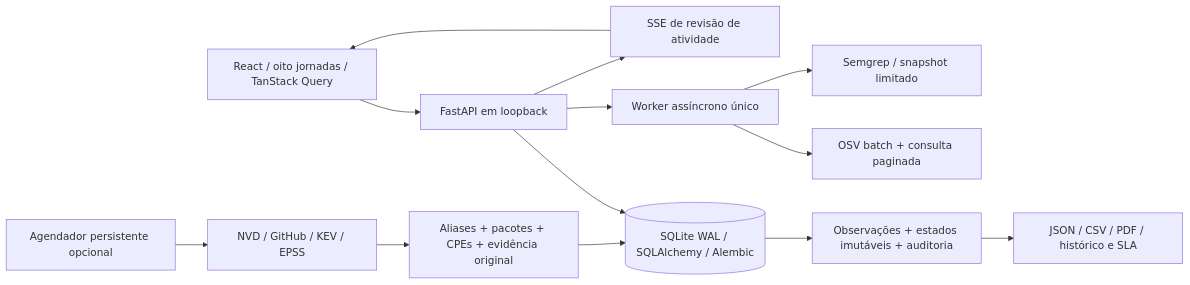
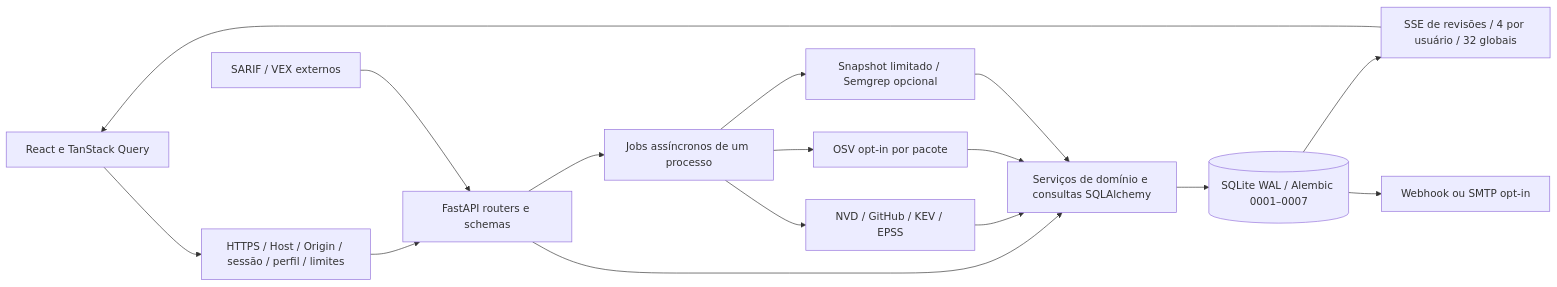
Before and after one commit to Ivomsantiago/VulnRadar: the first of 4 diagrams in docs/ARCHITECTURE.md, drawn with Mermaid. The commit also changed other lines of this file and 131 other files, not shown here.

````diff
--- a/docs/ARCHITECTURE.md
+++ b/docs/ARCHITECTURE.md
@@ -3,15 +5,18 @@
 ```mermaid
 flowchart LR
-  UI[React / oito jornadas / TanStack Query] --> API[FastAPI em loopback]
-  API --> DB[(SQLite WAL / SQLAlchemy / Alembic)]
-  API --> Jobs[Worker assíncrono único]
-  Jobs --> OSV[OSV batch + consulta paginada]
-  Jobs --> SAST[Semgrep / snapshot limitado]
-  Poll[Agendador persistente opcional] --> Sources[NVD / GitHub / KEV / EPSS]
-  Sources --> Normalize[Aliases + pacotes + CPEs + evidência original]
-  Normalize --> DB
-  DB --> History[Observações + estados imutáveis + auditoria]
-  History --> Reports[JSON / CSV / PDF / histórico e SLA]
-  API --> SSE[SSE de revisão de atividade]
-  SSE --> UI
+  Browser[React e TanStack Query] --> Boundary[HTTPS / Host / Origin / sessão / perfil / limites]
+  Boundary --> API[FastAPI routers e schemas]
+  API --> Services[Serviços de domínio e consultas SQLAlchemy]
+  Services --> DB[(SQLite WAL / Alembic 0001–0007)]
+  API --> Jobs[Jobs assíncronos de um processo]
+  Jobs --> Collect[NVD / GitHub / KEV / EPSS]
+  Jobs --> OSV[OSV opt-in por pacote]
+  Jobs --> Snapshot[Snapshot limitado / Semgrep opcional]
+  External[SARIF / VEX externos] --> API
+  Collect --> Services
+  OSV --> Services
+  Snapshot --> Services
+  DB --> SSE[SSE de revisões / 4 por usuário / 32 globais]
+  SSE --> Browser
+  DB --> Notify[Webhook ou SMTP opt-in]
 ```
````
